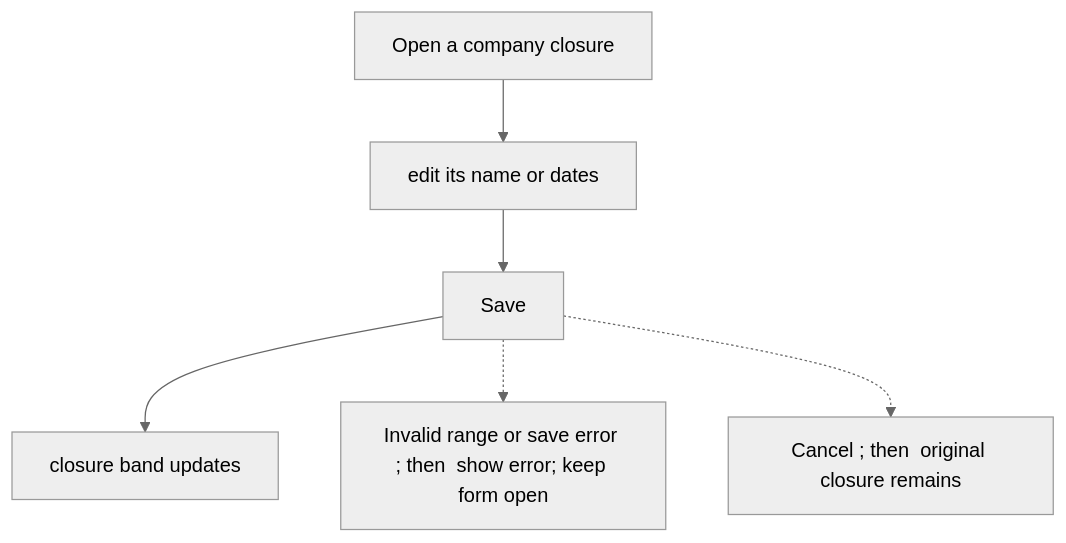
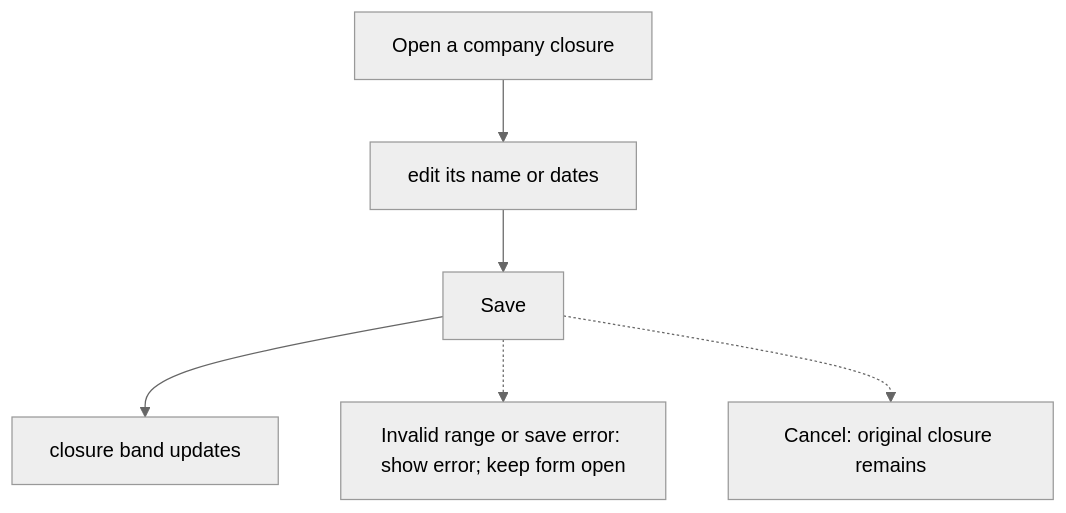
The first of 2 diagrams in user-stories/time-off/US-TOF-08-edit-company-closure.md (Kevinjohn/capacitylens), drawn with Mermaid (neutral theme) before and after one commit. The commit also changed 119 other files, not shown here.

First line of the commit message:
docs: correct story text and flow diagrams against current source

````diff
--- a/user-stories/time-off/US-TOF-08-edit-company-closure.md
+++ b/user-stories/time-off/US-TOF-08-edit-company-closure.md
@@ -27,14 +27,14 @@
 ```mermaid
 flowchart TD
   N1["Open a company closure"]
   N2["edit its name or dates"]
   N3["Save"]
   N4["closure band updates"]
-  B1["Invalid range or save error ; then  show error; keep form open"]
-  B2["Cancel ; then  original closure remains"]
+  B1["Invalid range or save error: show error; keep form open"]
+  B2["Cancel: original closure remains"]
   N1 --> N2
   N2 --> N3
   N3 --> N4
   N3 -.-> B1
   N3 -.-> B2
 ```
````
